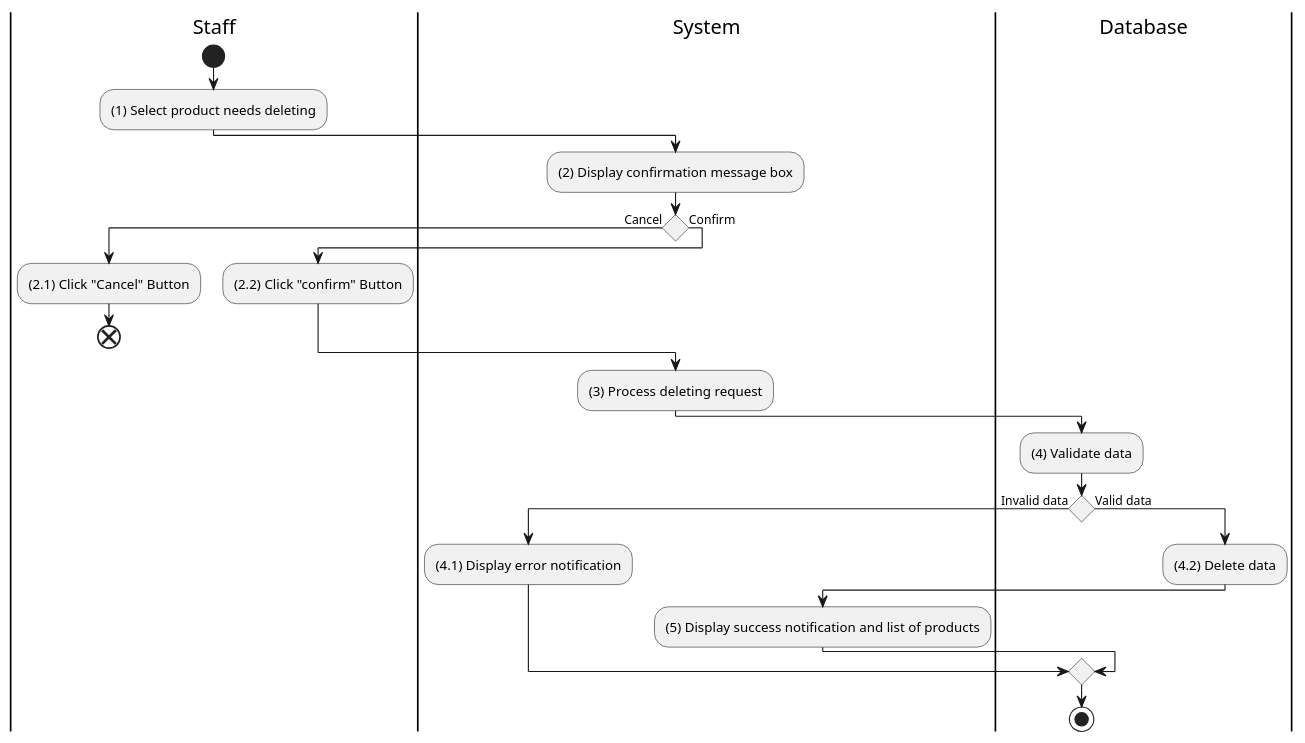
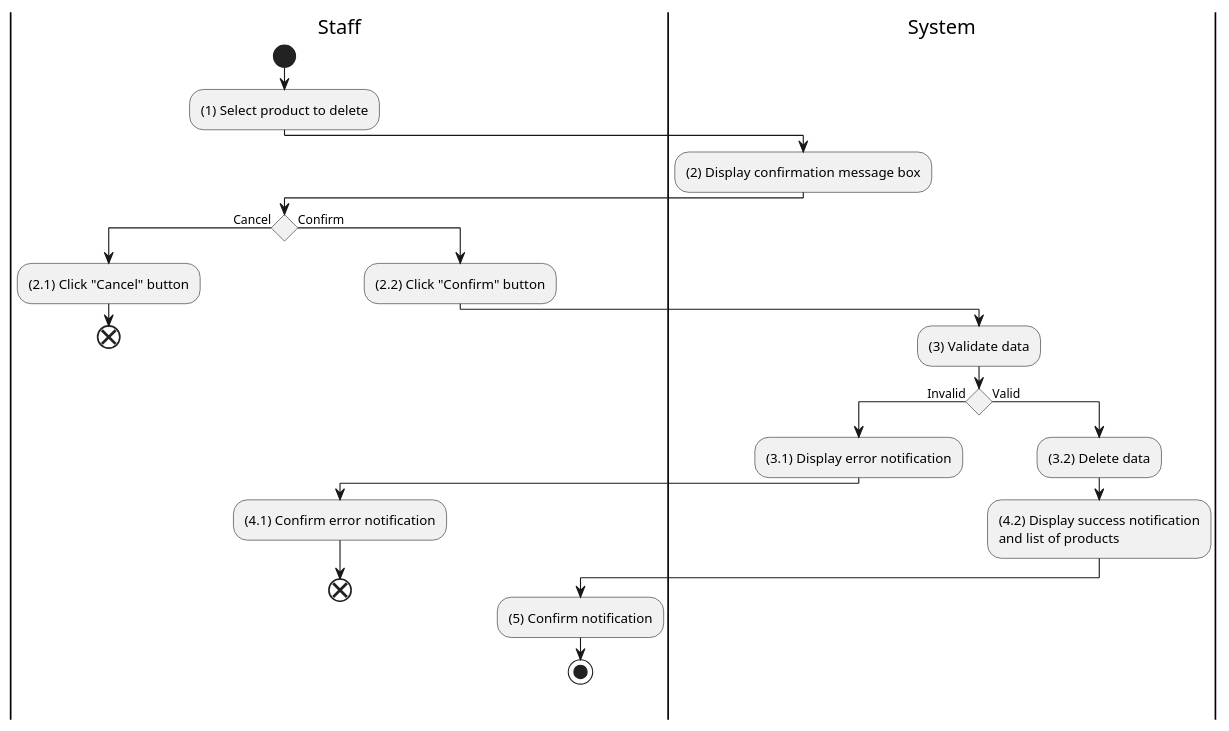
Before and after one commit to electricilies/electricilies.github.io: the diagram in docs/software-docs/activity/manage-product/delete-product.md, drawn with PlantUML. The commit also changed 47 other files, not shown here.

````diff
--- a/docs/software-docs/activity/manage-product/delete-product.md
+++ b/docs/software-docs/activity/manage-product/delete-product.md
@@ -3,36 +3,35 @@
 ```plantuml
 @startuml
 |St|Staff
 |S|System
-|D|Database
 
 |St|
 start
-:(1) Select product needs deleting;
+:(1) Select product to delete;
 |S|
 :(2) Display confirmation message box;
+|St|
 if () then (Cancel)
-  |St|
-  :(2.1) Click "Cancel" Button;
+  :(2.1) Click "Cancel" button;
   end
 else (Confirm)
-  :(2.2) Click "confirm" Button;
+  :(2.2) Click "Confirm" button;
+  |S|
+  :(3) Validate data;
+  if () then (Invalid)
+    :(3.1) Display error notification;
+    |St|
+    :(4.1) Confirm error notification;
+    end
+  else (Valid)
+    |S|
+    :(3.2) Delete data;
+    :(4.2) Display success notification 
+and list of products;
+    |St|
+    :(5) Confirm notification;
+    stop
+  endif
 endif
-|S|
-:(3) Process deleting request;
-|D|
-:(4) Validate data;
-if () then (Invalid data)
-  |S|
-  :(4.1) Display error notification;
-else (Valid data)
-  |D|
-  :(4.2) Delete data;
-  |S|
-  :(5) Display success notification and list of products;
-endif
-|D|
-stop
-
 @enduml
 ```
````
